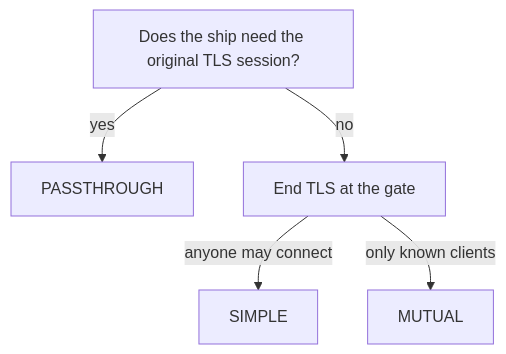
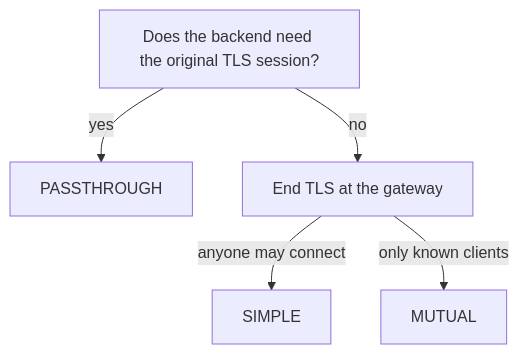
The diagram in sections/section-040/module-03/course-05-one-gate-two-modes.md (astrona-io/ATS015), drawn with Mermaid before and after one commit. The commit also changed other lines of this file and 28 other files, not shown here.

````diff
--- a/sections/section-040/module-03/course-05-one-gate-two-modes.md
+++ b/sections/section-040/module-03/course-05-one-gate-two-modes.md
@@ -168,7 +168,7 @@
 ```mermaid
 flowchart TB
-    Q["Does the ship need the original TLS session?"] -->|"yes"| P["PASSTHROUGH"]
-    Q -->|"no"| T["End TLS at the gate"]
+    Q["Does the backend need the original TLS session?"] -->|"yes"| P["PASSTHROUGH"]
+    Q -->|"no"| T["End TLS at the gateway"]
     T -->|"anyone may connect"| S["SIMPLE"]
     T -->|"only known clients"| M["MUTUAL"]
 ```
````
